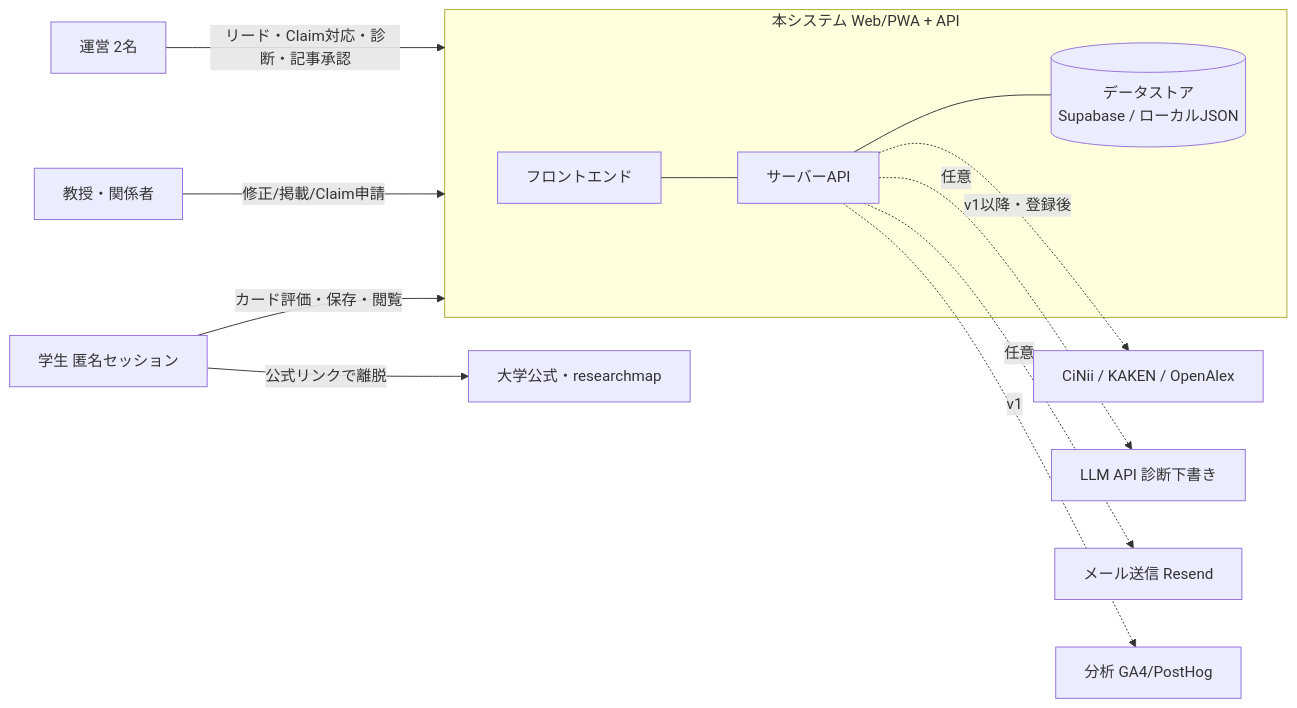
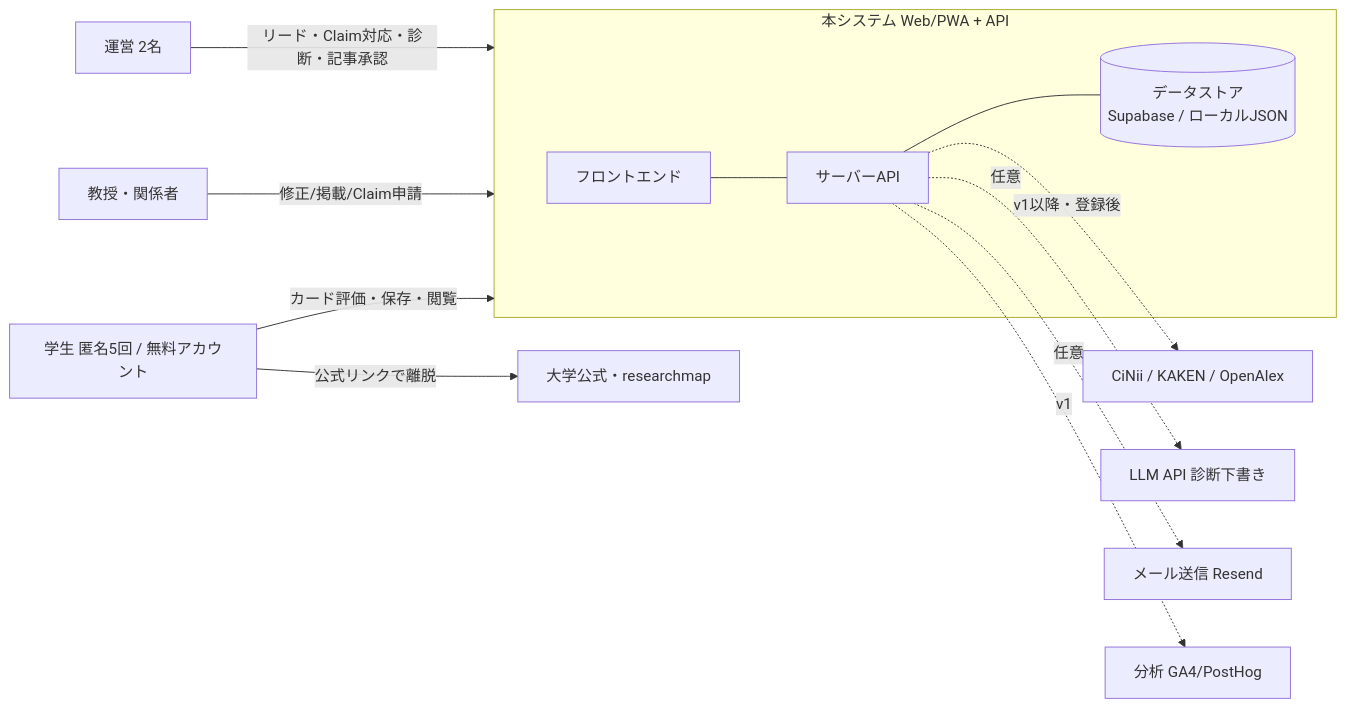
Before and after one commit to ykaito19980114-collab/mishiru: the diagram in docs/02_要件定義書.md, drawn with Mermaid. The commit also changed other lines of this file and 25 other files, not shown here.

````diff
--- a/docs/02_要件定義書.md
+++ b/docs/02_要件定義書.md
@@ -19,14 +19,14 @@
 ```mermaid
 flowchart LR
-  STU[学生 匿名セッション] -->|カード評価・保存・閲覧| SYS
+  STU[学生 匿名5回 / 無料アカウント] -->|カード評価・保存・閲覧| SYS
   PROF[教授・関係者] -->|修正/掲載/Claim申請| SYS
   OPS[運営 2名] -->|リード・Claim対応・診断・記事承認| SYS
   subgraph SYS[本システム Web/PWA + API]
     FE[フロントエンド] --- BE[サーバーAPI] --- DB[(データストア\nSupabase / ローカルJSON)]
   end
   BE -.->|v1以降・登録後| EXT1[CiNii / KAKEN / OpenAlex]
   BE -.->|任意| EXT2[LLM API 診断下書き]
   BE -.->|任意| EXT3[メール送信 Resend]
   BE -.->|v1| EXT4[分析 GA4/PostHog]
   STU -->|公式リンクで離脱| UNIV[大学公式・researchmap]
 ```
````
